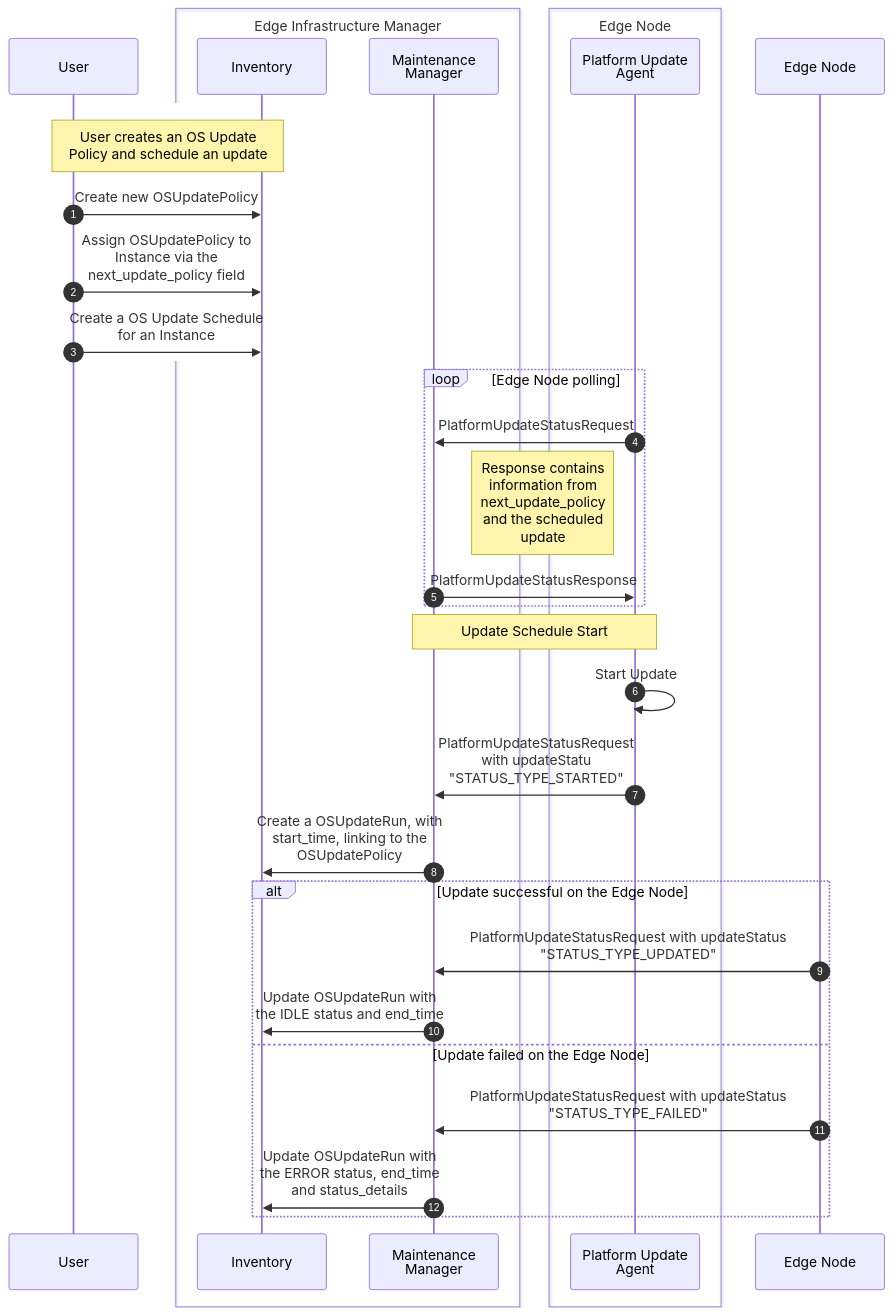
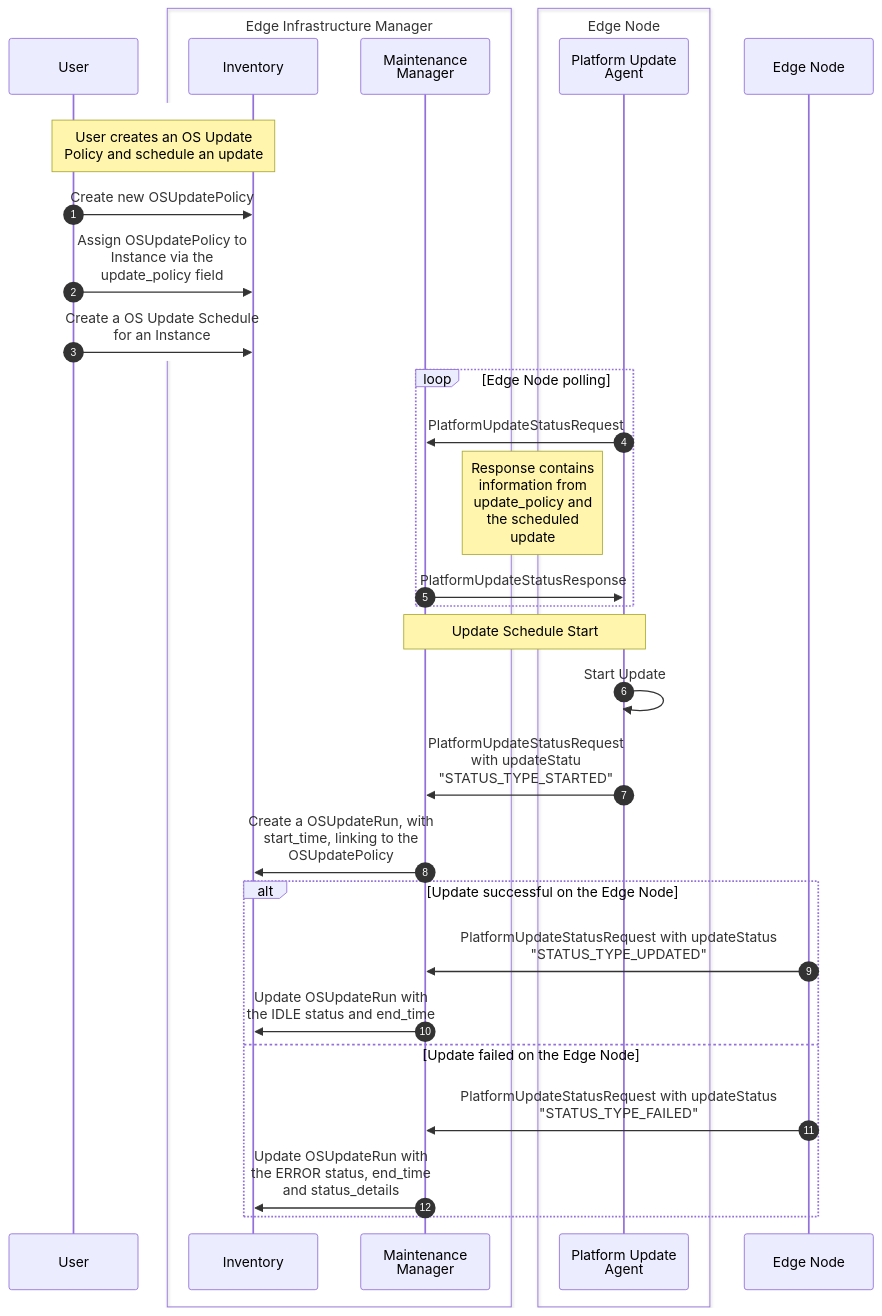
The first of 3 diagrams in design-proposals/edge-infra-day2-improvements.md (open-edge-platform/edge-manageability-framework), drawn with Mermaid before and after one commit. The commit also changed other lines of this file and 1 other file, not shown here.

````diff
--- a/design-proposals/edge-infra-day2-improvements.md
+++ b/design-proposals/edge-infra-day2-improvements.md
@@ -194,39 +204,39 @@
 ```mermaid
 sequenceDiagram
 %%{wrap}%%
 autonumber
     participant User
     box Edge Infrastructure Manager
     participant Inventory
     participant MM as Maintenance Manager
     end
     box Edge Node
     participant PUA as Platform Update Agent
     end
 
     rect rgb(255,255,255)
         note over User,Inventory: User creates an OS Update Policy and schedule an update
         User->>Inventory: Create new OSUpdatePolicy
-        User->>Inventory: Assign OSUpdatePolicy to Instance via the next_update_policy field
+        User->>Inventory: Assign OSUpdatePolicy to Instance via the update_policy field
         User->>Inventory: Create a OS Update Schedule for an Instance
     end
 
     loop Edge Node polling
         PUA->>MM: PlatformUpdateStatusRequest
-        note left of PUA: Response contains information from next_update_policy and the scheduled update
+        note left of PUA: Response contains information from update_policy and the scheduled update
         MM->>PUA: PlatformUpdateStatusResponse
     end
     
     note over MM,PUA: Update Schedule Start
     PUA->>PUA: Start Update
     PUA->>MM: PlatformUpdateStatusRequest with updateStatu "STATUS_TYPE_STARTED"
     MM->>Inventory: Create a OSUpdateRun, with start_time, linking to the OSUpdatePolicy
     
     alt Update successful on the Edge Node
         Edge Node->>MM: PlatformUpdateStatusRequest with updateStatus "STATUS_TYPE_UPDATED"
         MM->>Inventory: Update OSUpdateRun with the IDLE status and end_time
     else Update failed on the Edge Node
         Edge Node->>MM: PlatformUpdateStatusRequest with updateStatus "STATUS_TYPE_FAILED"
         MM->>Inventory: Update OSUpdateRun with the ERROR status, end_time and status_details
     end
 ```
````
